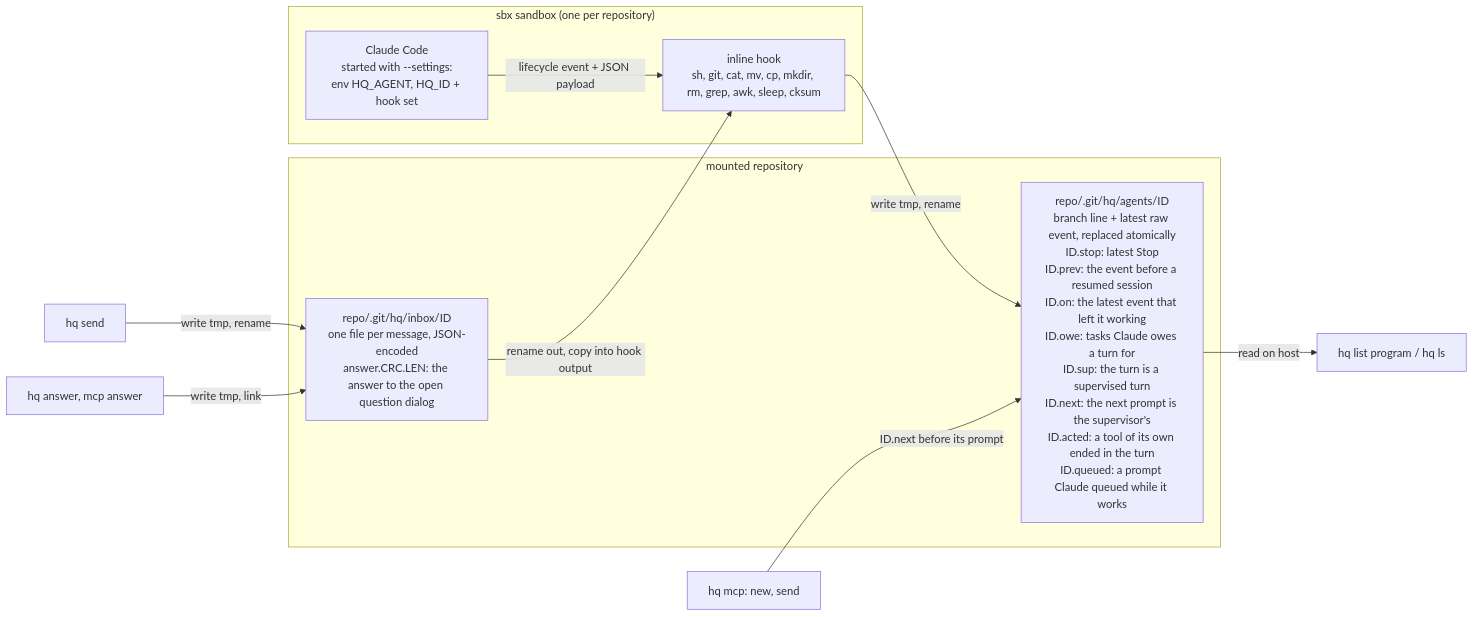
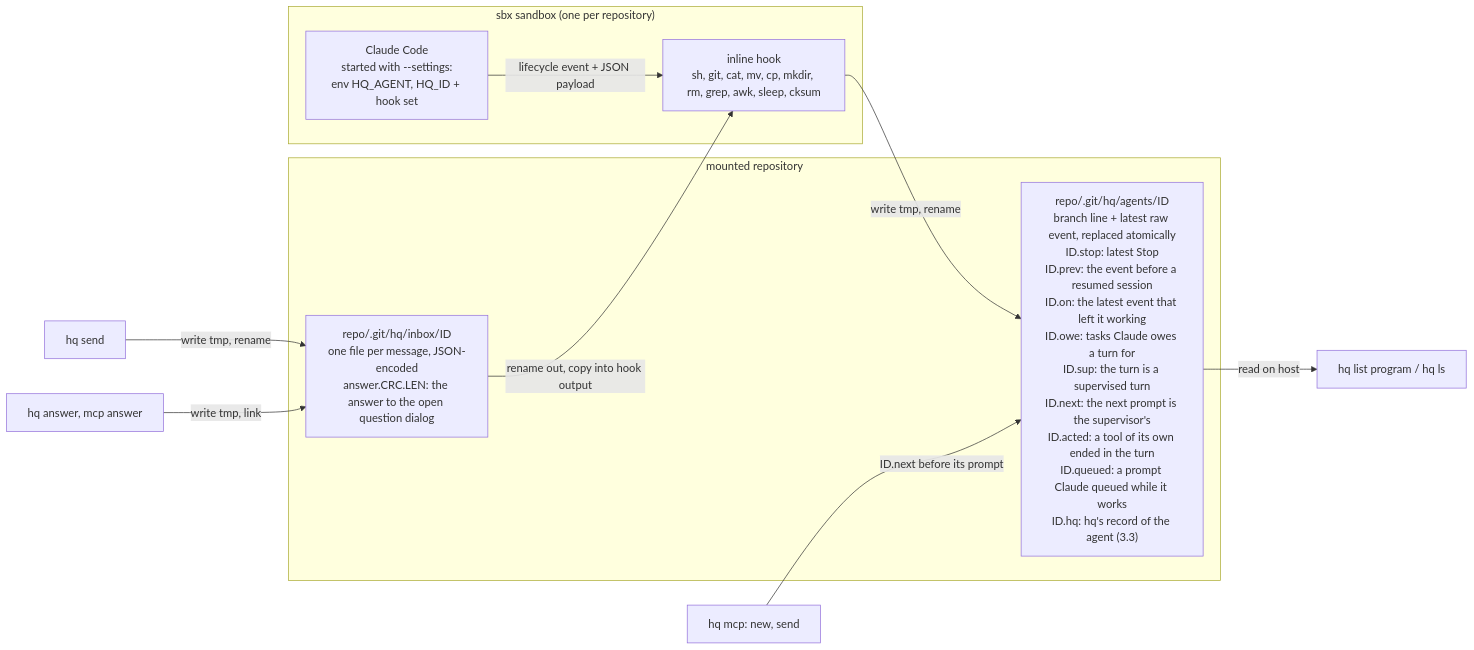
Before and after one commit to rkrysinski/hq: the second of 4 diagrams in docs/design/hq.md, drawn with Mermaid. The commit also changed other lines of this file and 15 other files, not shown here.

````diff
--- a/docs/design/hq.md
+++ b/docs/design/hq.md
@@ -85,18 +86,18 @@
 ```mermaid
 flowchart LR
     subgraph SB["sbx sandbox (one per repository)"]
         C["Claude Code<br/>started with --settings:<br/>env HQ_AGENT, HQ_ID + hook set"]
         K["inline hook<br/>sh, git, cat, mv, cp, mkdir, rm, grep, awk, sleep, cksum"]
         C -- "lifecycle event + JSON payload" --> K
     end
     subgraph RP["mounted repository"]
-        F["repo/.git/hq/agents/ID<br/>branch line + latest raw event, replaced atomically<br/>ID.stop: latest Stop<br/>ID.prev: the event before a resumed session<br/>ID.on: the latest event that left it working<br/>ID.owe: tasks Claude owes a turn for<br/>ID.sup: the turn is a supervised turn<br/>ID.next: the next prompt is the supervisor's<br/>ID.acted: a tool of its own ended in the turn<br/>ID.queued: a prompt Claude queued while it works"]
+        F["repo/.git/hq/agents/ID<br/>branch line + latest raw event, replaced atomically<br/>ID.stop: latest Stop<br/>ID.prev: the event before a resumed session<br/>ID.on: the latest event that left it working<br/>ID.owe: tasks Claude owes a turn for<br/>ID.sup: the turn is a supervised turn<br/>ID.next: the next prompt is the supervisor's<br/>ID.acted: a tool of its own ended in the turn<br/>ID.queued: a prompt Claude queued while it works<br/>ID.hq: hq's record of the agent (3.3)"]
         I["repo/.git/hq/inbox/ID<br/>one file per message, JSON-encoded<br/>answer.CRC.LEN: the answer to the open question dialog"]
     end
     K -- "write tmp, rename" --> F
     F -- "read on host" --> LP["hq list program / hq ls"]
     SEND["hq send"] -- "write tmp, rename" --> I
     I -- "rename out, copy into hook output" --> K
     MCP["hq mcp: new, send"] -- "ID.next before its prompt" --> F
     ANS["hq answer, mcp answer"] -- "write tmp, link" --> I
 ```
````
